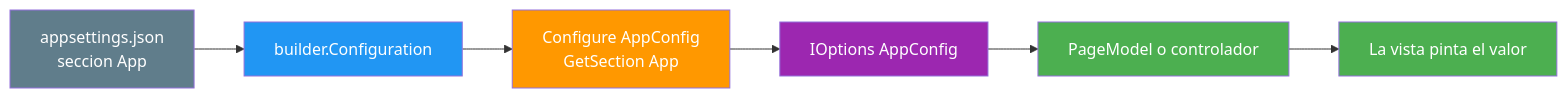
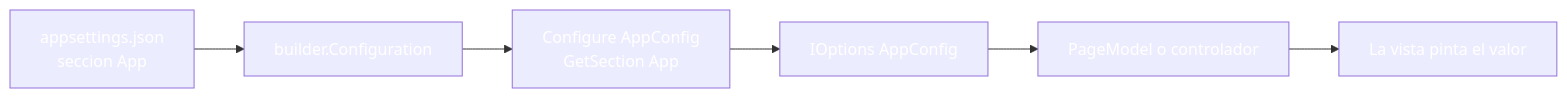
Before and after one commit to joseluisgs/DesarrolloWebEntornosServidor-03-2026-2027: the second of 7 diagrams in 20-configuracion-entornos.md, drawn with Mermaid. The commit also changed other lines of this file and 30 other files, not shown here.

````diff
--- a/20-configuracion-entornos.md
+++ b/20-configuracion-entornos.md
@@ -176,14 +176,14 @@
 ```mermaid
 graph LR
     J["appsettings.json<br/>seccion App"] --> IC["builder.Configuration"]
     IC --> CF["Configure AppConfig<br/>GetSection App"]
     CF --> IO["IOptions AppConfig"]
     IO --> P["PageModel o controlador"]
     P --> V["La vista pinta el valor"]
-    style J fill:#607D8B,color:#fff
-    style IC fill:#2196F3,color:#fff
-    style CF fill:#FF9800,color:#fff
-    style IO fill:#9C27B0,color:#fff
-    style P fill:#4CAF50,color:#fff
-    style V fill:#4CAF50,color:#fff
+    style J fill:#607D8,color:#fffB,color:#fff
+    style IC fill:#2196F,color:#fff3,color:#fff
+    style CF fill:#FF980,color:#fff0,color:#fff
+    style IO fill:#9C27B,color:#fff0,color:#fff
+    style P fill:#4CAF5,color:#fff0,color:#fff
+    style V fill:#4CAF5,color:#fff0,color:#fff
 ```
````
